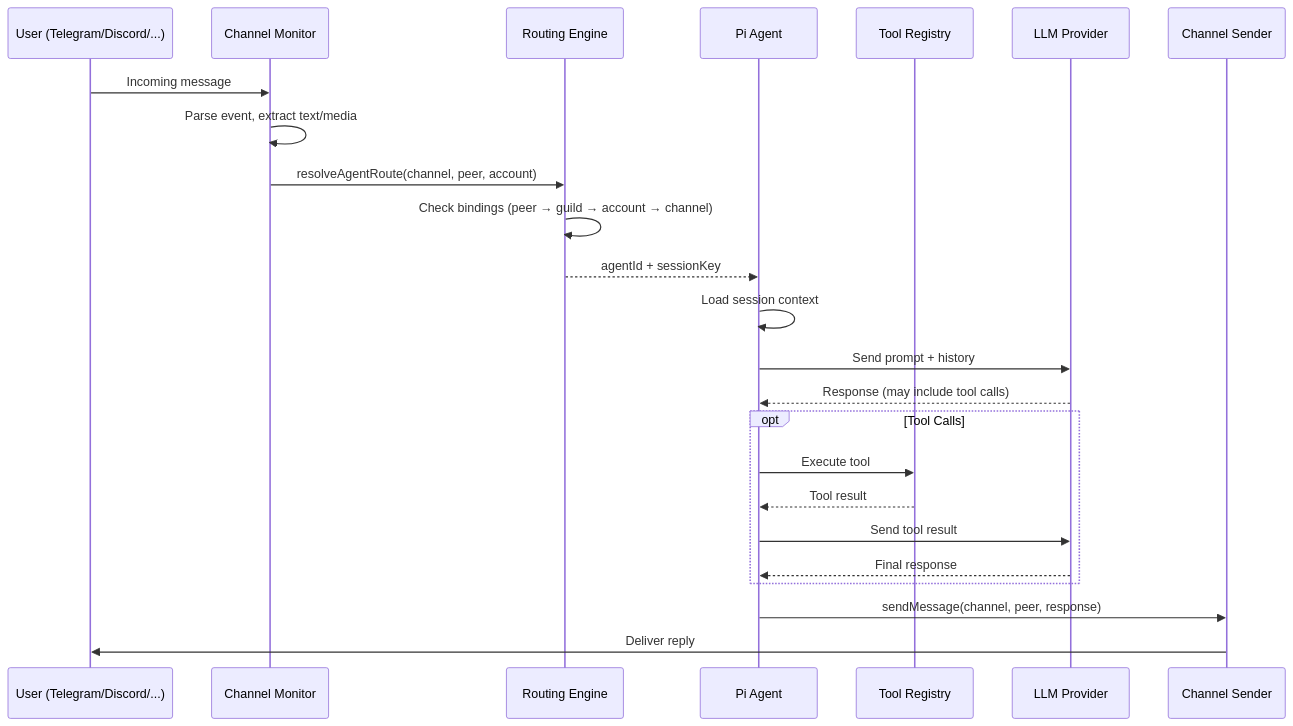
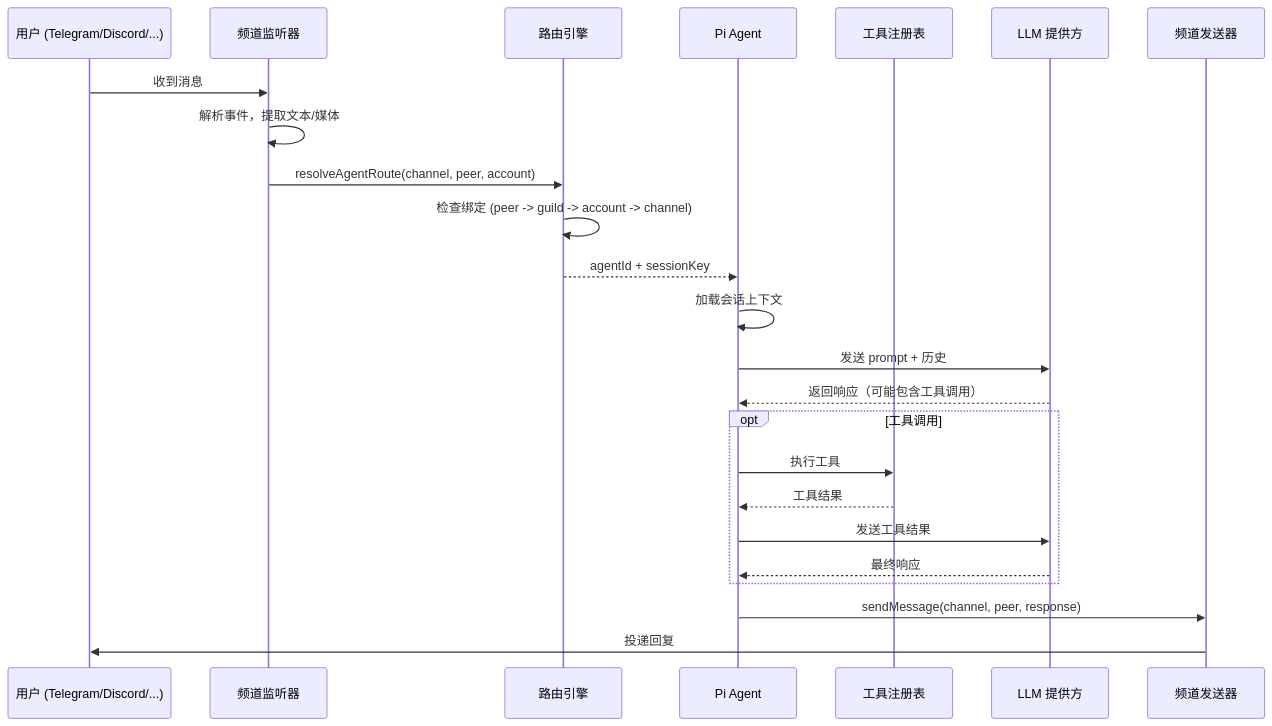
The second of 15 diagrams in docs/reference/architecture.md (dqaria/openclaw), drawn with Mermaid before and after one commit. The commit also changed other lines of this file, not shown here.

First line of the commit message:
docs: rewrite architecture documentation in Chinese

````diff
--- a/docs/reference/architecture.md
+++ b/docs/reference/architecture.md
@@ -143,30 +143,30 @@
 ```mermaid
 sequenceDiagram
-    participant User as User (Telegram/Discord/...)
-    participant Channel as Channel Monitor
-    participant Router as Routing Engine
+    participant User as 用户 (Telegram/Discord/...)
+    participant Channel as 频道监听器
+    participant Router as 路由引擎
     participant Agent as Pi Agent
-    participant Tools as Tool Registry
-    participant LLM as LLM Provider
-    participant Send as Channel Sender
+    participant Tools as 工具注册表
+    participant LLM as LLM 提供方
+    participant Send as 频道发送器
 
-    User->>Channel: Incoming message
-    Channel->>Channel: Parse event, extract text/media
+    User->>Channel: 收到消息
+    Channel->>Channel: 解析事件，提取文本/媒体
     Channel->>Router: resolveAgentRoute(channel, peer, account)
-    Router->>Router: Check bindings (peer → guild → account → channel)
+    Router->>Router: 检查绑定 (peer -> guild -> account -> channel)
     Router-->>Agent: agentId + sessionKey
 
-    Agent->>Agent: Load session context
-    Agent->>LLM: Send prompt + history
-    LLM-->>Agent: Response (may include tool calls)
+    Agent->>Agent: 加载会话上下文
+    Agent->>LLM: 发送 prompt + 历史
+    LLM-->>Agent: 返回响应（可能包含工具调用）
 
-    opt Tool Calls
-        Agent->>Tools: Execute tool
-        Tools-->>Agent: Tool result
-        Agent->>LLM: Send tool result
-        LLM-->>Agent: Final response
+    opt 工具调用
+        Agent->>Tools: 执行工具
+        Tools-->>Agent: 工具结果
+        Agent->>LLM: 发送工具结果
+        LLM-->>Agent: 最终响应
     end
 
     Agent->>Send: sendMessage(channel, peer, response)
-    Send->>User: Deliver reply
+    Send->>User: 投递回复
 ```
````
